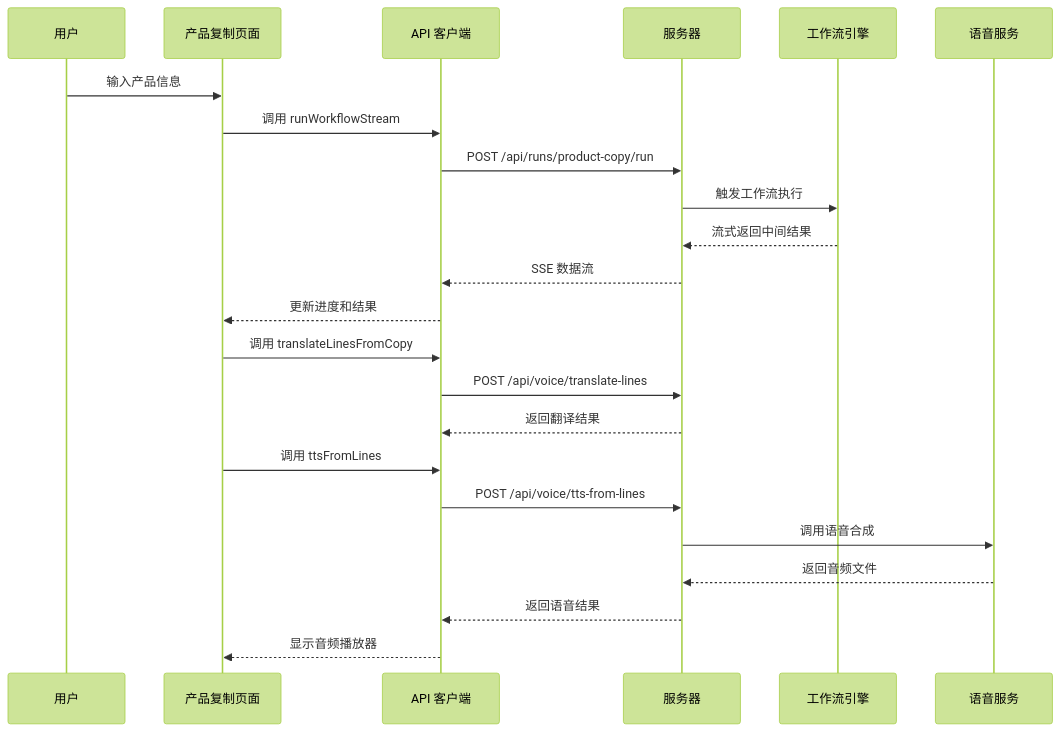
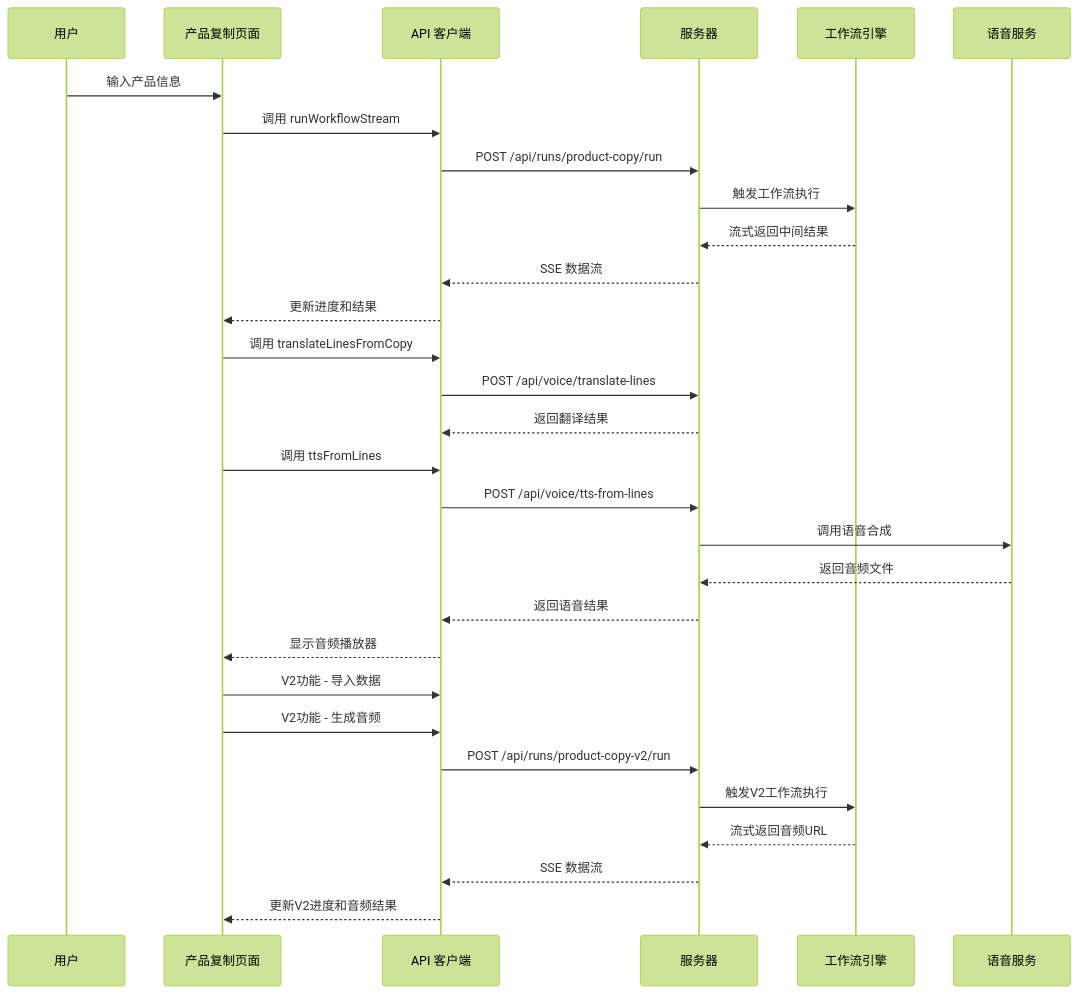
The fourth of 10 diagrams in .qoder/repowiki/zh/content/Product Copy Page.md (hanksd769-droid/sailshub), drawn with Mermaid (forest theme) before and after one commit. The commit also changed other lines of this file and 6 other files, not shown here.

````diff
--- a/.qoder/repowiki/zh/content/Product Copy Page.md
+++ b/.qoder/repowiki/zh/content/Product Copy Page.md
@@ -160,25 +169,32 @@
 ```mermaid
 sequenceDiagram
 participant U as 用户
 participant P as 产品复制页面
 participant A as API 客户端
 participant S as 服务器
 participant W as 工作流引擎
 participant V as 语音服务
 U->>P : 输入产品信息
 P->>A : 调用 runWorkflowStream
 A->>S : POST /api/runs/product-copy/run
 S->>W : 触发工作流执行
 W-->>S : 流式返回中间结果
 S-->>A : SSE 数据流
 A-->>P : 更新进度和结果
 P->>A : 调用 translateLinesFromCopy
 A->>S : POST /api/voice/translate-lines
 S-->>A : 返回翻译结果
 P->>A : 调用 ttsFromLines
 A->>S : POST /api/voice/tts-from-lines
 S->>V : 调用语音合成
 V-->>S : 返回音频文件
 S-->>A : 返回语音结果
 A-->>P : 显示音频播放器
+P->>A : V2功能 - 导入数据
+P->>A : V2功能 - 生成音频
+A->>S : POST /api/runs/product-copy-v2/run
+S->>W : 触发V2工作流执行
+W-->>S : 流式返回音频URL
+S-->>A : SSE 数据流
+A-->>P : 更新V2进度和音频结果
 ```
````
